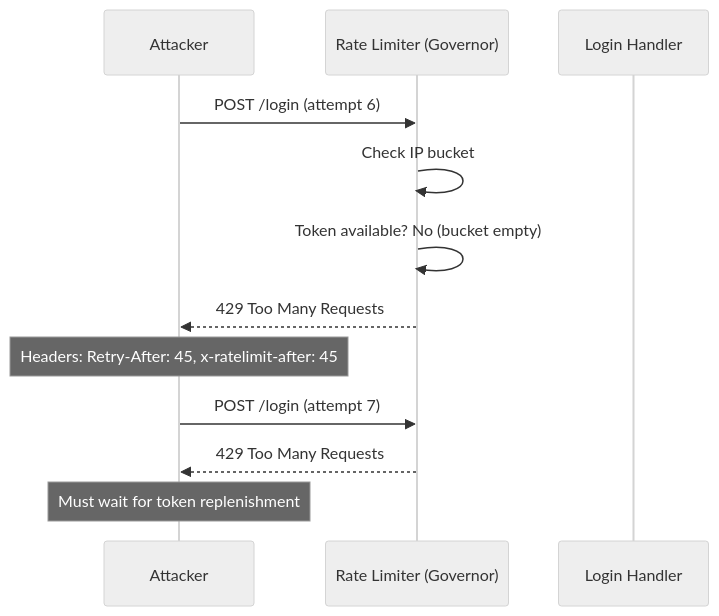
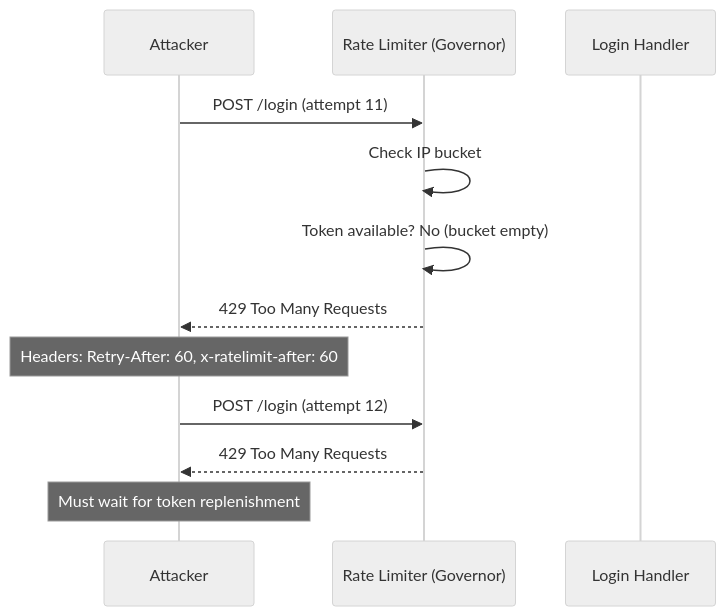
Before and after one commit to husni-zuhdi/husni-portfolio: the second of 3 diagrams in specs/5-rate-limiting.md, drawn with Mermaid (neutral theme). The commit also changed other lines of this file and 3 other files, not shown here.

````diff
--- a/specs/5-rate-limiting.md
+++ b/specs/5-rate-limiting.md
@@ -76,15 +77,15 @@
 ```mermaid
 sequenceDiagram
     participant U as Attacker
     participant RL as Rate Limiter (Governor)
     participant H as Login Handler
 
-    U->>RL: POST /login (attempt 6)
+    U->>RL: POST /login (attempt 11)
     RL->>RL: Check IP bucket
     RL->>RL: Token available? No (bucket empty)
     RL-->>U: 429 Too Many Requests
-    Note over U: Headers: Retry-After: 45, x-ratelimit-after: 45
-    U->>RL: POST /login (attempt 7)
+    Note over U: Headers: Retry-After: 60, x-ratelimit-after: 60
+    U->>RL: POST /login (attempt 12)
     RL-->>U: 429 Too Many Requests
     Note over U: Must wait for token replenishment
 ```
````
